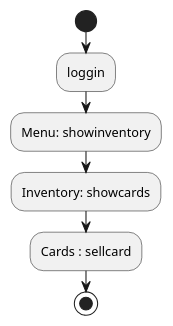
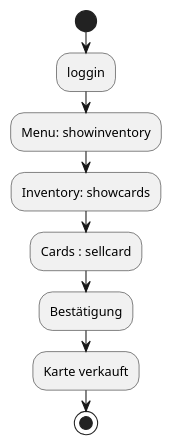
One commit to HEBK-BGM/Verwaltungssoftware_Team_4 changed the diagram in Docs/Pflichtenheft/Diagramme/Funktion_sellcard.iuml. Above: the diagram before and after it, drawn with PlantUML. The commit also changed 2 other files, not shown here.

Commit message:
[FIX] Funktionsdiagramme + Pflichtenheft

```diff
--- a/Docs/Pflichtenheft/Diagramme/Funktion_sellcard.iuml
+++ b/Docs/Pflichtenheft/Diagramme/Funktion_sellcard.iuml
@@ -2,8 +2,10 @@
 @startuml
 start
 :loggin;
 :Menu: showinventory;
 :Inventory: showcards;
 :Cards : sellcard;
+:Bestätigung;
+:Karte verkauft;
 stop
 @enduml
```
